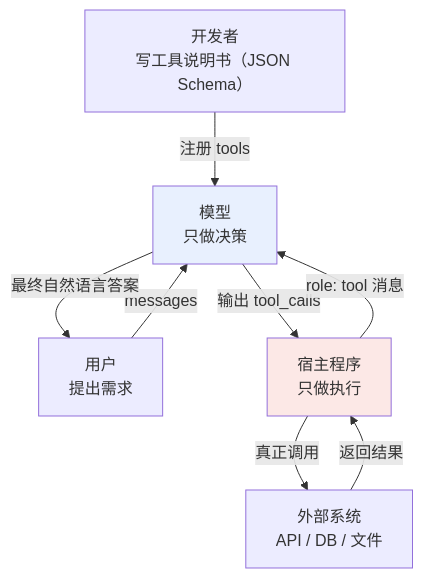
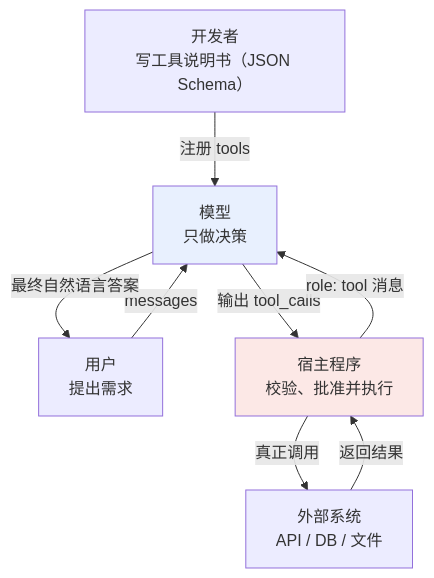
One commit to oneleaveknowsthefall/awesome-ai-roadmap changed the second of 4 diagrams in docs/tools/01-function-calling/01-function-calling.md. Above: the diagram before and after it, drawn with Mermaid. The commit also changed other lines of this file and 50 other files, not shown here.

````diff
--- a/docs/tools/01-function-calling/01-function-calling.md
+++ b/docs/tools/01-function-calling/01-function-calling.md
@@ -74,15 +74,15 @@
 ```mermaid
 flowchart TB
     DEV["开发者<br/>写工具说明书（JSON Schema）"] -->|注册 tools| MODEL
     USER["用户<br/>提出需求"] -->|messages| MODEL
 
     MODEL["模型<br/>只做决策"] -->|输出 tool_calls| HOST
 
-    HOST["宿主程序<br/>只做执行"] -->|真正调用| EXT["外部系统<br/>API / DB / 文件"]
+    HOST["宿主程序<br/>校验、批准并执行"] -->|真正调用| EXT["外部系统<br/>API / DB / 文件"]
     EXT -->|返回结果| HOST
     HOST -->|role: tool 消息| MODEL
     MODEL -->|最终自然语言答案| USER
 
     style MODEL fill:#e8f0fe
     style HOST fill:#fce8e6
 ```
````
